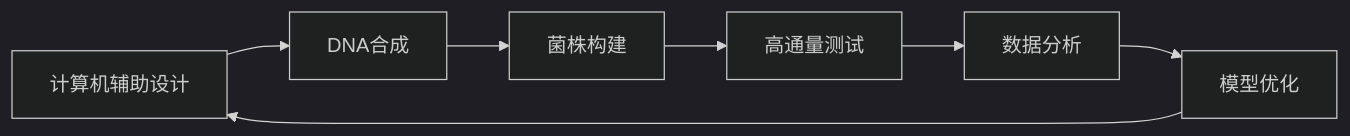
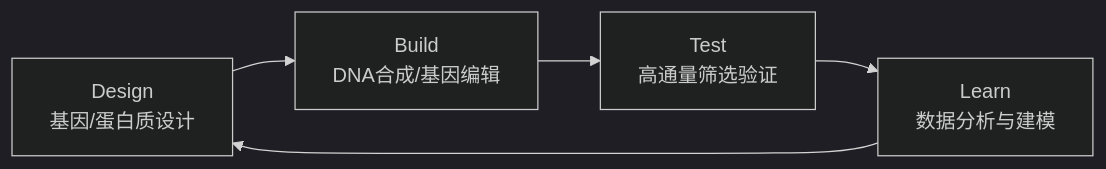
One commit to kudig-io/kudig-database changed the second of 4 diagrams in topic-application-architecture/76-synthetic-biology.md. Above: the diagram before and after it, drawn with Mermaid (dark theme). The commit also changed other lines of this file and 8633 other files, not shown here.

````diff
--- a/topic-application-architecture/76-synthetic-biology.md
+++ b/topic-application-architecture/76-synthetic-biology.md
@@ -143,9 +176,7 @@
 ```mermaid
 flowchart LR
-    A[计算机辅助设计] --> B[DNA合成]
-    B --> C[菌株构建]
-    C --> D[高通量测试]
-    D --> E[数据分析]
-    E --> F[模型优化]
-    F --> A
+    A[Design<br/>基因/蛋白质设计] --> B[Build<br/>DNA合成/基因编辑]
+    B --> C[Test<br/>高通量筛选验证]
+    C --> D[Learn<br/>数据分析与建模]
+    D --> A
 ```
````
